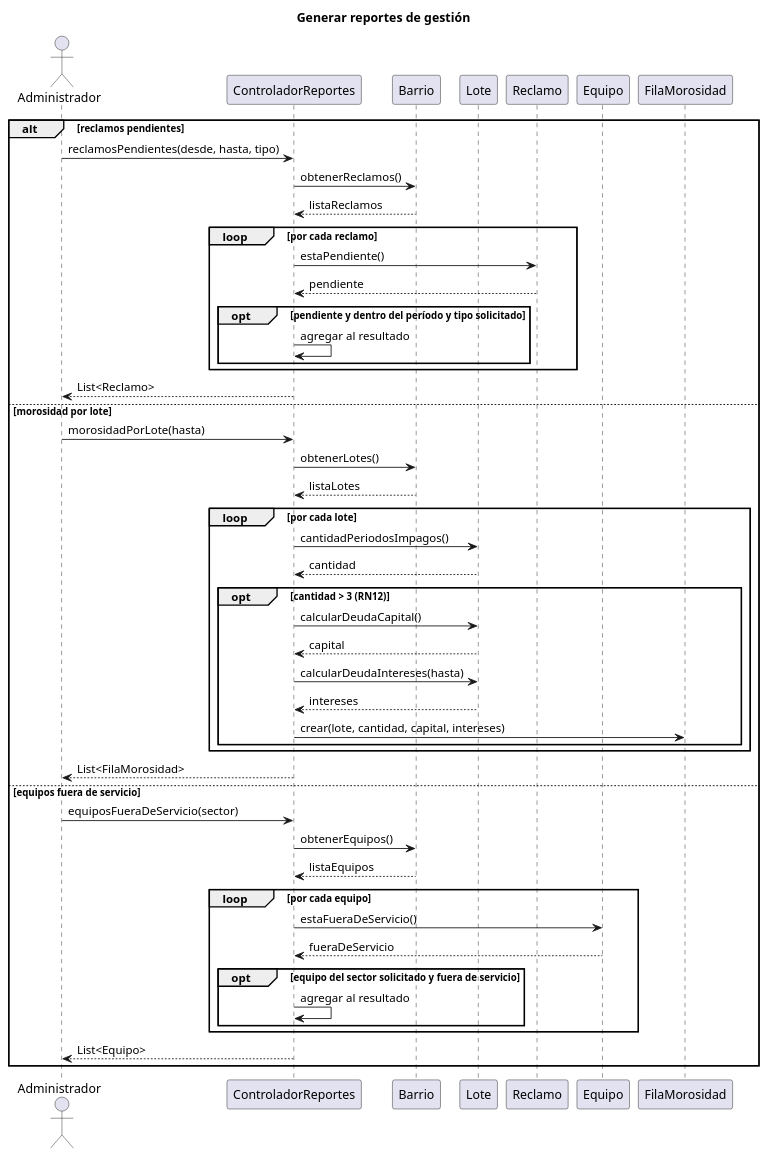
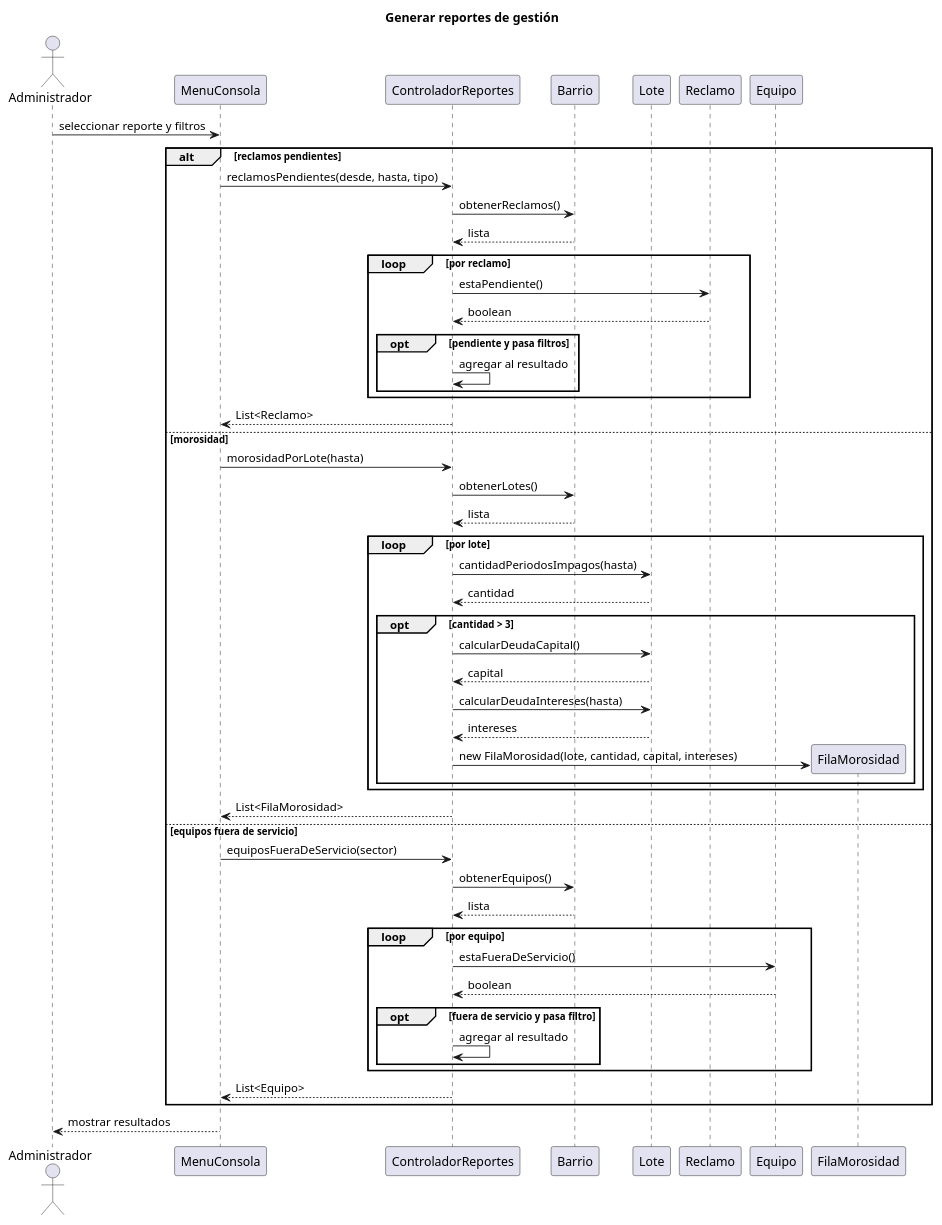
The diagram in Docs/UML/05_secuencia_reportes.puml (LukaSubotovsky/Paradigma-orientado-a-objetos), drawn with PlantUML before and after one commit. The commit also changed 16 other files, not shown here.

Commit message:
Documentar ejecución, pruebas funcionales y diagramas del código final

```diff
--- a/Docs/UML/05_secuencia_reportes.puml
+++ b/Docs/UML/05_secuencia_reportes.puml
@@ -1,52 +1,55 @@
 @startuml
-skinparam classAttributeIconSize 0
 title Generar reportes de gestión
 actor Administrador as A
+participant MenuConsola as Vista
 participant ControladorReportes as C
 participant Barrio as B
 participant Lote as L
 participant Reclamo as R
 participant Equipo as E
 participant FilaMorosidad as F
+A -> Vista : seleccionar reporte y filtros
 alt reclamos pendientes
- A -> C : reclamosPendientes(desde, hasta, tipo)
+ Vista -> C : reclamosPendientes(desde, hasta, tipo)
  C -> B : obtenerReclamos()
- B --> C : listaReclamos
- loop por cada reclamo
+ B --> C : lista
+ loop por reclamo
   C -> R : estaPendiente()
-  R --> C : pendiente
-  opt pendiente y dentro del período y tipo solicitado
+  R --> C : boolean
+  opt pendiente y pasa filtros
    C -> C : agregar al resultado
   end
  end
- C --> A : List<Reclamo>
-else morosidad por lote
- A -> C : morosidadPorLote(hasta)
+ C --> Vista : List<Reclamo>
+else morosidad
+ Vista -> C : morosidadPorLote(hasta)
  C -> B : obtenerLotes()
- B --> C : listaLotes
- loop por cada lote
-  C -> L : cantidadPeriodosImpagos()
+ B --> C : lista
+ loop por lote
+  C -> L : cantidadPeriodosImpagos(hasta)
   L --> C : cantidad
-  opt cantidad > 3 (RN12)
+  opt cantidad > 3
    C -> L : calcularDeudaCapital()
    L --> C : capital
    C -> L : calcularDeudaIntereses(hasta)
    L --> C : intereses
-   C -> F : crear(lote, cantidad, capital, intereses)
+   create F
+   C -> F : new FilaMorosidad(lote, cantidad, capital, intereses)
   end
  end
- C --> A : List<FilaMorosidad>
+ C --> Vista : List<FilaMorosidad>
 else equipos fuera de servicio
- A -> C : equiposFueraDeServicio(sector)
+ Vista -> C : equiposFueraDeServicio(sector)
  C -> B : obtenerEquipos()
- B --> C : listaEquipos
- loop por cada equipo
+ B --> C : lista
+ loop por equipo
   C -> E : estaFueraDeServicio()
-  E --> C : fueraDeServicio
-  opt equipo del sector solicitado y fuera de servicio
+  E --> C : boolean
+  opt fuera de servicio y pasa filtro
    C -> C : agregar al resultado
   end
  end
- C --> A : List<Equipo>
+ C --> Vista : List<Equipo>
 end
+Vista --> A : mostrar resultados
 @enduml
```
